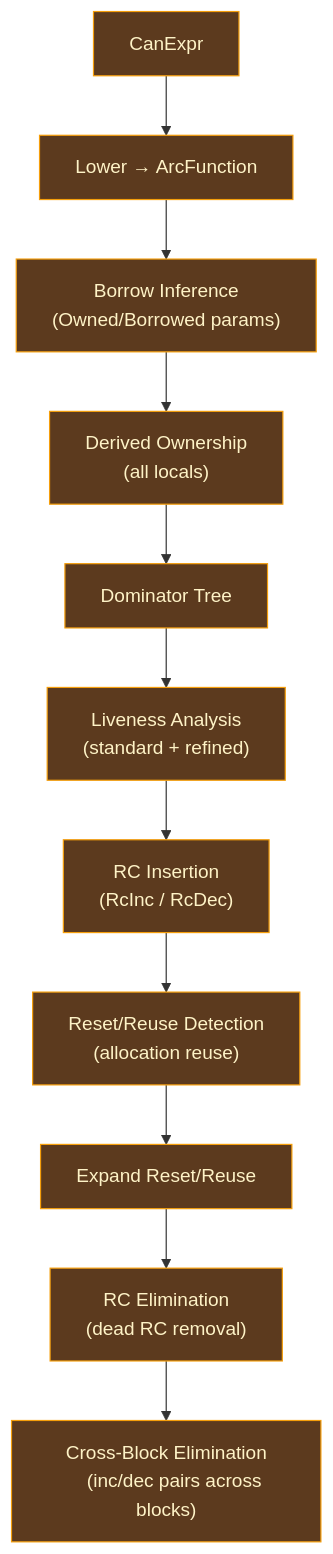
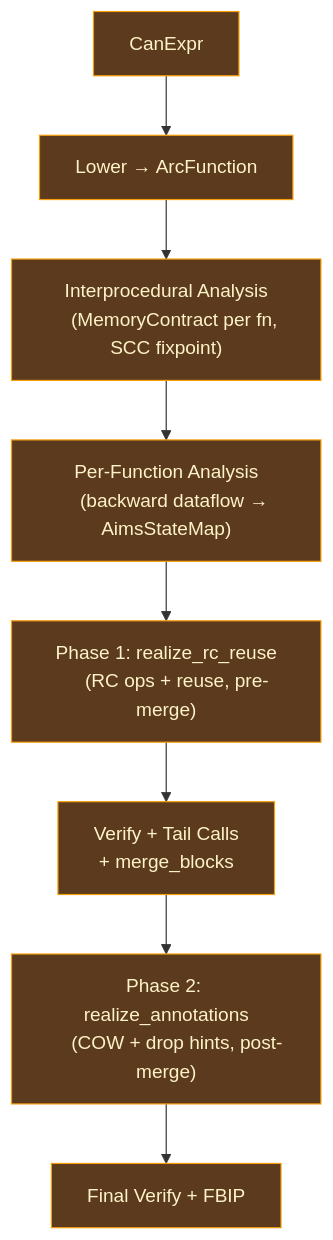
One commit to upstat-io/ori-lang changed the second of 3 diagrams in docs/compiler/design/01-architecture/index.md. Above: the diagram before and after it, drawn with Mermaid. The commit also changed other lines of this file and 6 other files, not shown here.

````diff
--- a/docs/compiler/design/01-architecture/index.md
+++ b/docs/compiler/design/01-architecture/index.md
@@ -139,24 +151,19 @@
 ```mermaid
 flowchart TB
     A["CanExpr"] --> B["Lower → ArcFunction"]
-    B --> C["Borrow Inference
-    (Owned/Borrowed params)"]
-    C --> D["Derived Ownership
-    (all locals)"]
-    D --> E["Dominator Tree"]
-    E --> F["Liveness Analysis
-    (standard + refined)"]
-    F --> G["RC Insertion
-    (RcInc / RcDec)"]
-    G --> H["Reset/Reuse Detection
-    (allocation reuse)"]
-    H --> I["Expand Reset/Reuse"]
-    I --> J["RC Elimination
-    (dead RC removal)"]
-    J --> K["Cross-Block Elimination
-    (inc/dec pairs across blocks)"]
+    B --> C["Interprocedural Analysis
+    (MemoryContract per fn, SCC fixpoint)"]
+    C --> D["Per-Function Analysis
+    (backward dataflow → AimsStateMap)"]
+    D --> E["Phase 1: realize_rc_reuse
+    (RC ops + reuse, pre-merge)"]
+    E --> F["Verify + Tail Calls
+    + merge_blocks"]
+    F --> G["Phase 2: realize_annotations
+    (COW + drop hints, post-merge)"]
+    G --> H["Final Verify + FBIP"]
 
     classDef native fill:#5c3a1e,stroke:#f59e0b,color:#fef3c7
 
-    class A,B,C,D,E,F,G,H,I,J,K native
+    class A,B,C,D,E,F,G,H native
 ```
````
